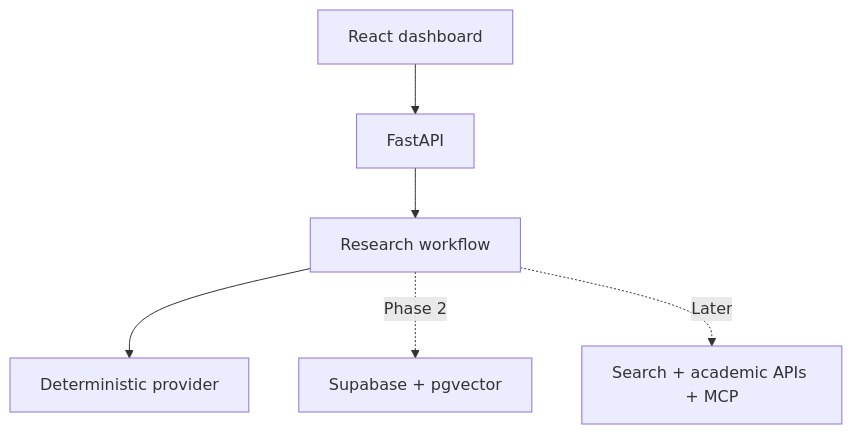
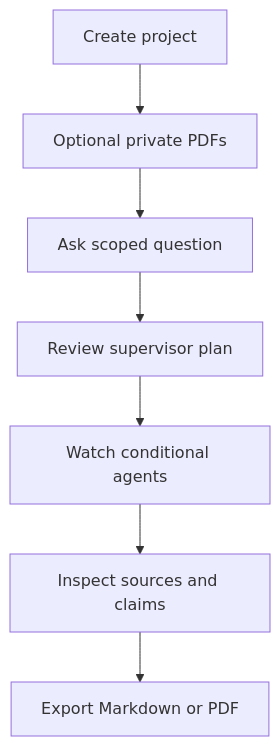
The diagram in README.md (Huzaifa-170504/evidencepilot-ai), drawn with Mermaid before and after one commit. The commit also changed other lines of this file and 68 other files, not shown here.

````diff
--- a/README.md
+++ b/README.md
@@ -24,8 +24,9 @@
 ```mermaid
 flowchart TD
-    UI["React dashboard"] --> API["FastAPI"]
-    API --> GRAPH["Research workflow"]
-    GRAPH --> MOCK["Deterministic provider"]
-    GRAPH -. Phase 2 .-> DATA["Supabase + pgvector"]
-    GRAPH -. Later .-> TOOLS["Search + academic APIs + MCP"]
+    Project["Create project"] --> Upload["Optional private PDFs"]
+    Upload --> Question["Ask scoped question"]
+    Question --> Plan["Review supervisor plan"]
+    Plan --> Agents["Watch conditional agents"]
+    Agents --> Verify["Inspect sources and claims"]
+    Verify --> Export["Export Markdown or PDF"]
 ```
````
